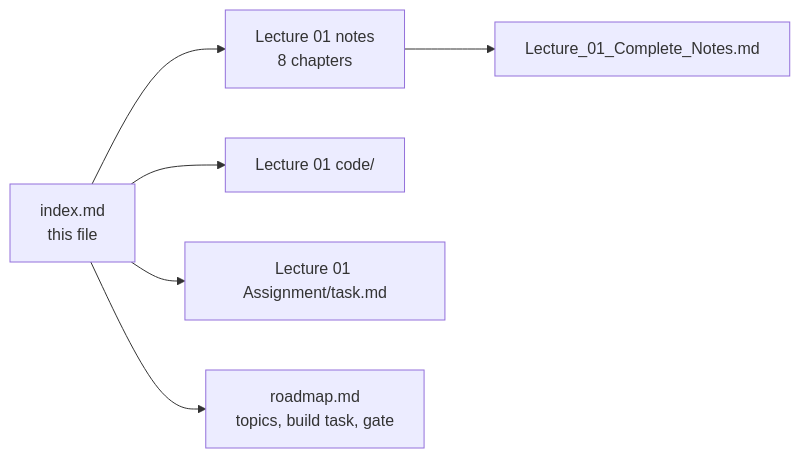
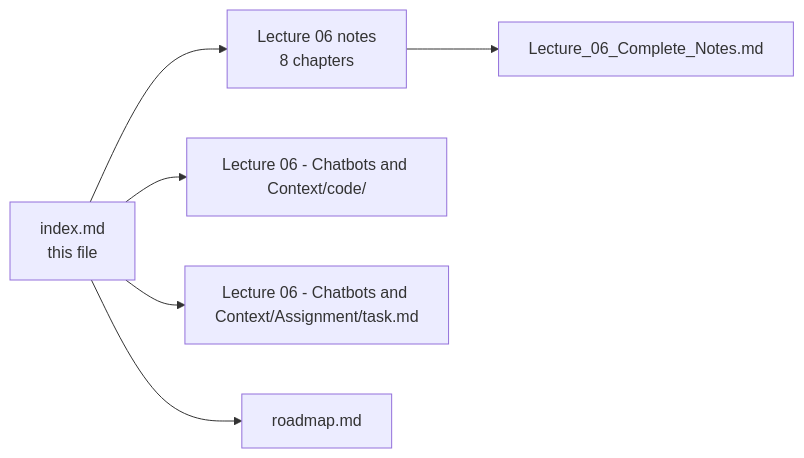
Before and after one commit to Amie-dev/FDE-and-GenAI-Mastery: the sixth of 24 diagrams in index.md, drawn with Mermaid. The commit also changed other lines of this file, not shown here.

Commit message:
Implement code changes to enhance functionality and improve performance

````diff
--- a/index.md
+++ b/index.md
@@ -217,8 +277,8 @@
 ```mermaid
 flowchart LR
-    IDX["index.md<br/>this file"] --> L1["Lecture 01 notes<br/>8 chapters"]
-    L1 --> CN["Lecture_01_Complete_Notes.md"]
-    IDX --> CODE["Lecture 01 code/"]
-    IDX --> ASG["Lecture 01 Assignment/task.md"]
-    IDX --> RM["roadmap.md<br/>topics, build task, gate"]
+    IDX["index.md<br/>this file"] --> L06["Lecture 06 notes<br/>8 chapters"]
+    L06 --> CN["Lecture_06_Complete_Notes.md"]
+    IDX --> CODE["Lecture 06 - Chatbots and Context/code/"]
+    IDX --> ASG["Lecture 06 - Chatbots and Context/Assignment/task.md"]
+    IDX --> RM["roadmap.md"]
 ```
````
